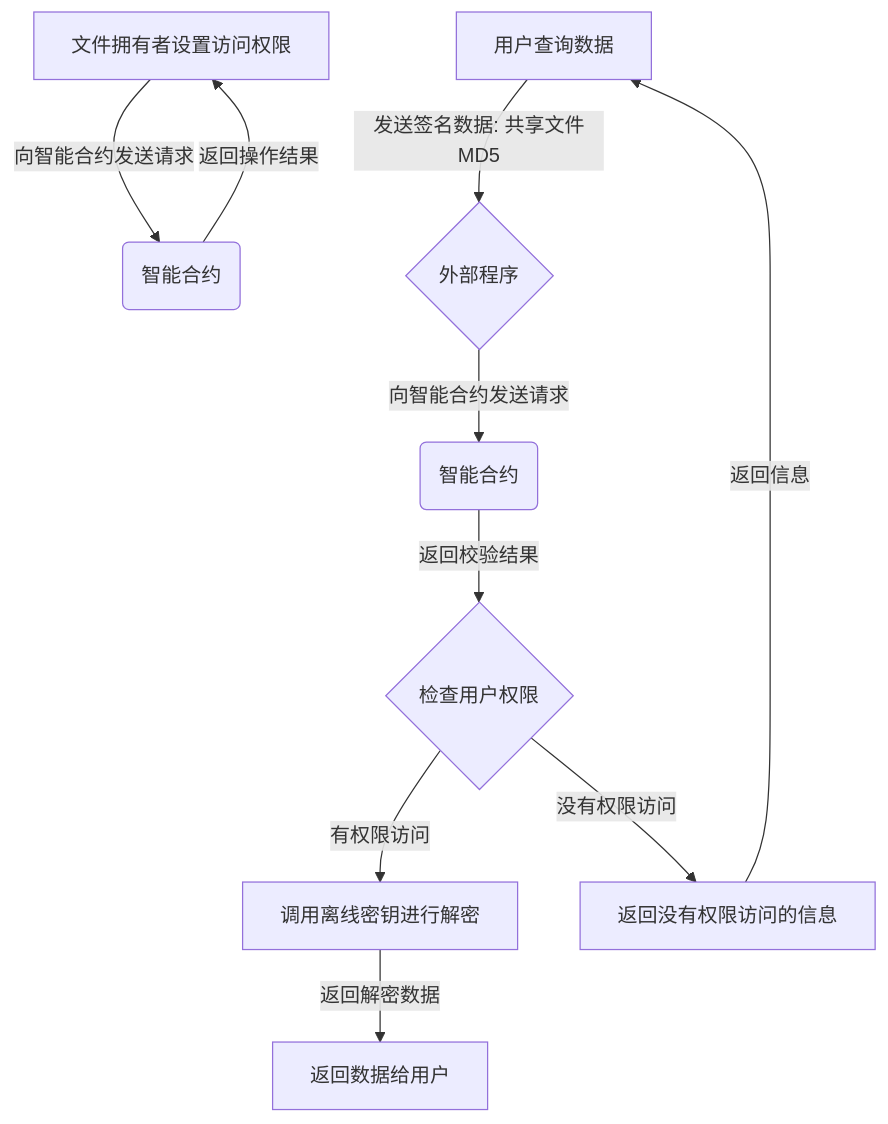
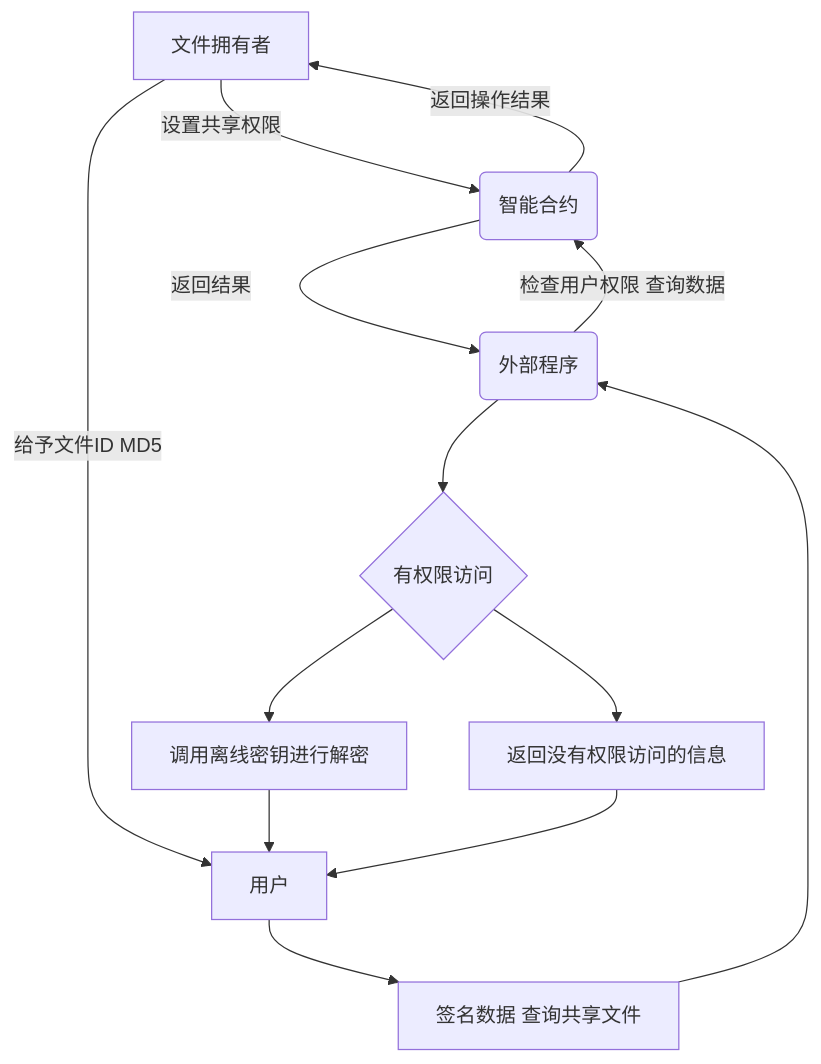
One commit to MoyunRz/store-data changed the fifth of 5 diagrams in doc/合约存取共享.md. Above: the diagram before and after it, drawn with Mermaid. The commit also changed other lines of this file, not shown here.

Commit message:
修改共享密钥的流程图

````diff
--- a/doc/合约存取共享.md
+++ b/doc/合约存取共享.md
@@ -121,13 +121,14 @@
 ```mermaid
 graph TD;
-    A[文件拥有者设置访问权限] -->|向智能合约发送请求| B(智能合约)
+    A[文件拥有者] -->|设置共享权限| B(智能合约)
     B -->|返回操作结果| A
-    C[用户查询数据] -->|发送签名数据: 共享文件MD5| D{外部程序}
-    D -->|向智能合约发送请求| E(智能合约)
-    E -->|返回校验结果|F{"检查用户权限"}
-    F -- 有权限访问 --> G["调用离线密钥进行解密"]
-    G -->|返回解密数据|H["返回数据给用户"]
-    F -- 没有权限访问 --> I["返回没有权限访问的信息"]
-    I -->|返回信息|C
+    A -->|给予文件ID MD5| C
+    C[用户] --> D["签名数据 查询共享文件"] 
+    D --> E(外部程序)
+    E -->|检查用户权限 查询数据| B(智能合约)
+    B -->|返回结果|E
+    E--> G{有权限访问} 
+    G --> I["调用离线密钥进行解密"] --> C
+    G --> J["返回没有权限访问的信息"]--> C
 
 ```
````
